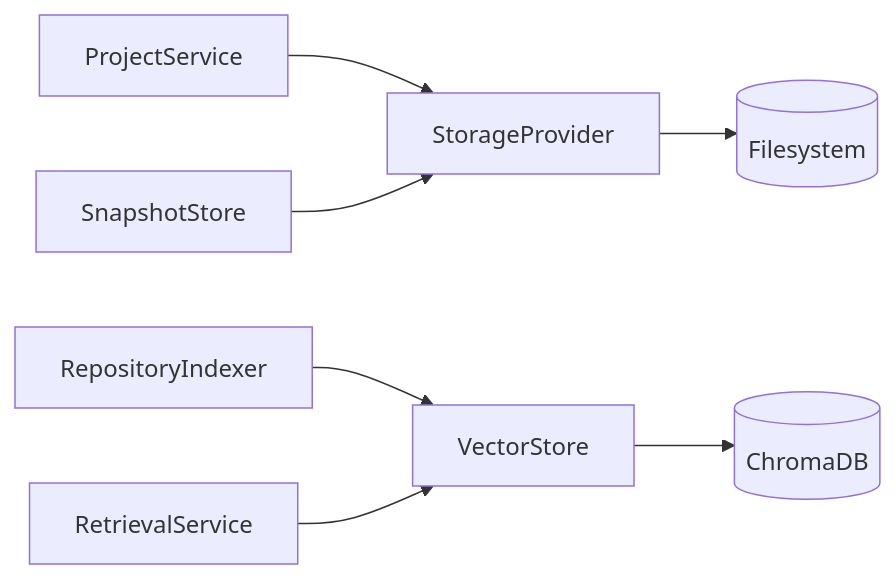
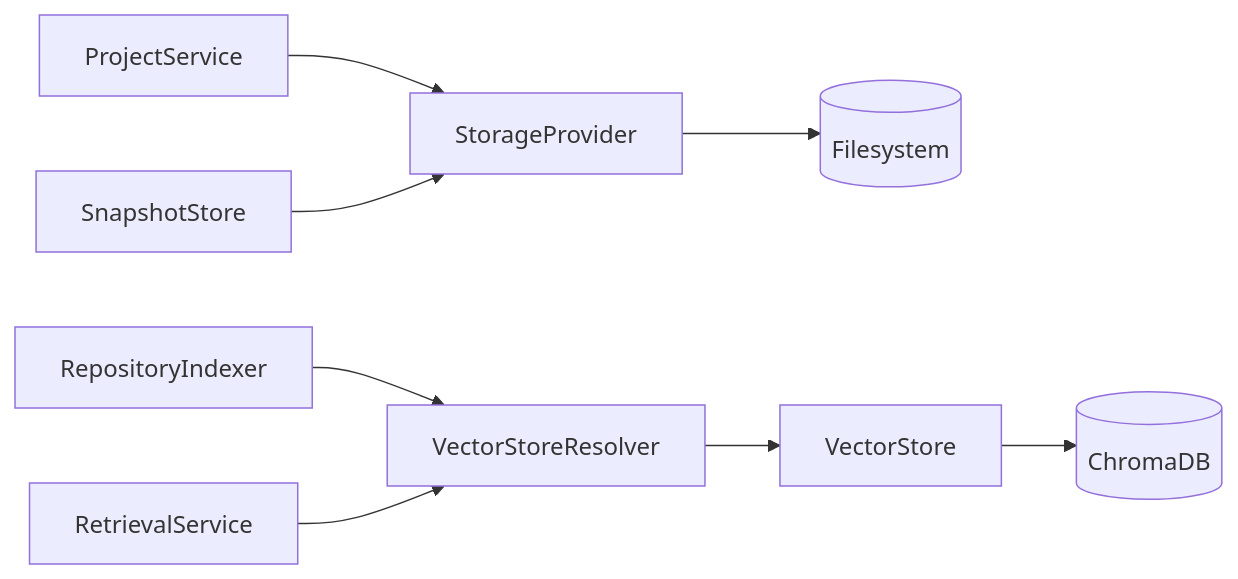
The ninth of 9 diagrams in docs/architecture/diagrams/README.md (Smit-whitespace/repository-intelligence-platform), drawn with Mermaid before and after one commit. The commit also changed other lines of this file and 75 other files, not shown here.

````diff
--- a/docs/architecture/diagrams/README.md
+++ b/docs/architecture/diagrams/README.md
@@ -172,9 +175,10 @@
 ```mermaid
 graph LR
     PM["ProjectService"] --> SPR["StorageProvider"]
     SS["SnapshotStore"] --> SPR
     SPR --> FS[("Filesystem")]
-    IX["RepositoryIndexer"] --> VS3["VectorStore"]
-    RS["RetrievalService"] --> VS3
+    IX["RepositoryIndexer"] --> VR["VectorStoreResolver"]
+    RS["RetrievalService"] --> VR
+    VR --> VS3["VectorStore"]
     VS3 --> CDB[("ChromaDB")]
 ```
````
